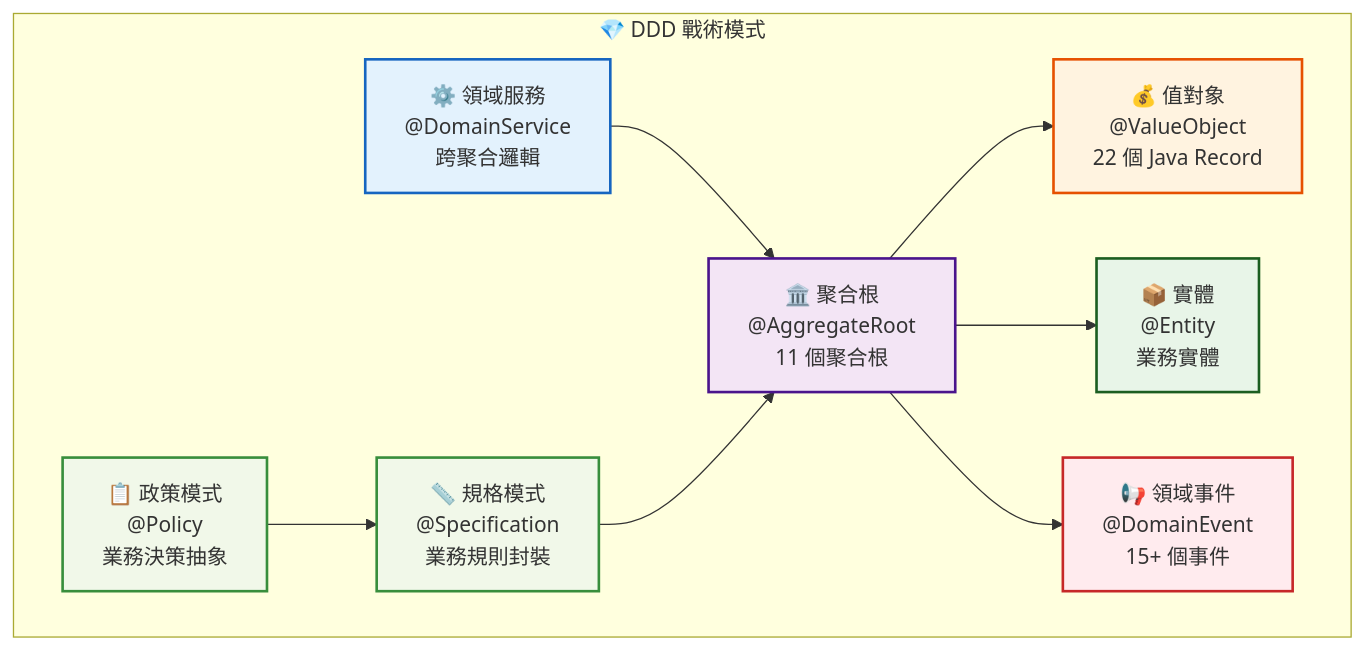
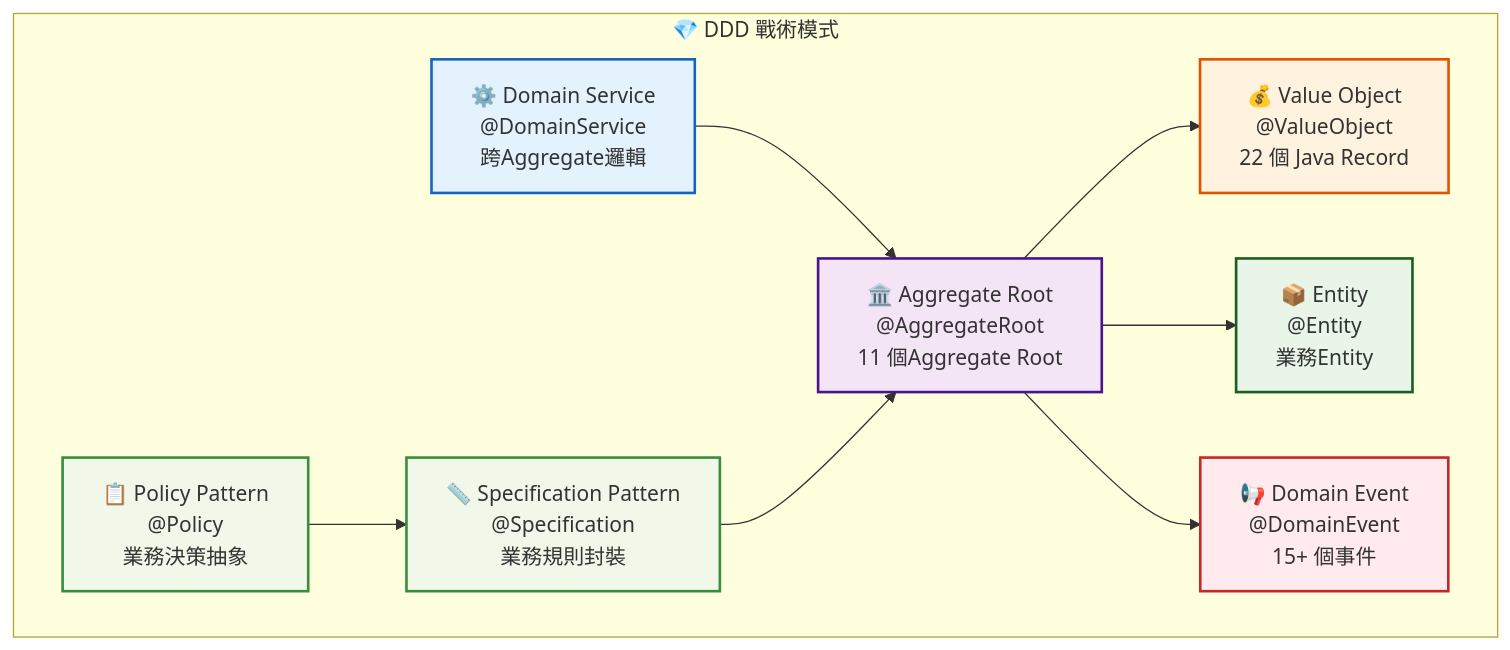
The fourth of 5 diagrams in docs/en/architecture/overview.md (humank/genai-demo), drawn with Mermaid before and after one commit. The commit also changed other lines of this file and 583 other files, not shown here.

````diff
--- a/docs/en/architecture/overview.md
+++ b/docs/en/architecture/overview.md
@@ -277,33 +275,33 @@
 ```mermaid
 graph TB
     subgraph "💎 DDD 戰術模式"
-        AR["🏛️ 聚合根<br/>@AggregateRoot<br/>11 個聚合根"]
-        VO["💰 值對象<br/>@ValueObject<br/>22 個 Java Record"]
-        EN["📦 實體<br/>@Entity<br/>業務實體"]
-        DE["📢 領域事件<br/>@DomainEvent<br/>15+ 個事件"]
-        DS["⚙️ 領域服務<br/>@DomainService<br/>跨聚合邏輯"]
-        SP["📏 規格模式<br/>@Specification<br/>業務規則封裝"]
-        PO["📋 政策模式<br/>@Policy<br/>業務決策抽象"]
+        AR["🏛️ Aggregate Root<br/>@AggregateRoot<br/>11 個Aggregate Root"]
+        VO["💰 Value Object<br/>@ValueObject<br/>22 個 Java Record"]
+        EN["📦 Entity<br/>@Entity<br/>業務Entity"]
+        DE["📢 Domain Event<br/>@DomainEvent<br/>15+ 個事件"]
+        DS["⚙️ Domain Service<br/>@DomainService<br/>跨Aggregate邏輯"]
+        SP["📏 Specification Pattern<br/>@Specification<br/>業務規則封裝"]
+        PO["📋 Policy Pattern<br/>@Policy<br/>業務決策抽象"]
     end
     
     AR --> VO
     AR --> EN
     AR --> DE
     DS --> AR
     SP --> AR
     PO --> SP
     
     classDef aggregate fill:#f3e5f5,stroke:#4a148c,stroke-width:2px
     classDef valueObject fill:#fff3e0,stroke:#e65100,stroke-width:2px
     classDef entity fill:#e8f5e8,stroke:#1b5e20,stroke-width:2px
     classDef event fill:#ffebee,stroke:#c62828,stroke-width:2px
     classDef service fill:#e3f2fd,stroke:#1565c0,stroke-width:2px
     classDef pattern fill:#f1f8e9,stroke:#388e3c,stroke-width:2px
     
     class AR aggregate
     class VO valueObject
     class EN entity
     class DE event
     class DS service
     class SP,PO pattern
 ```
````
